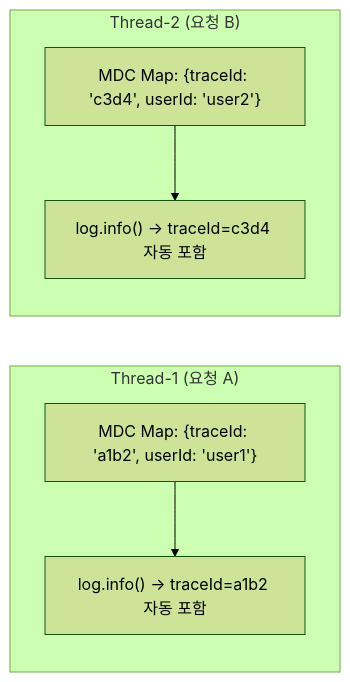
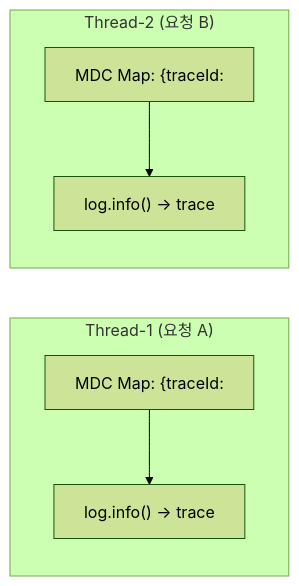
The first of 3 diagrams in _posts/spring/2026-05-01-spring-mdc.md (yjkim2015/yjkim2015.github.io), drawn with Mermaid (forest theme) before and after one commit. The commit also changed 271 other files, not shown here.

First line of the commit message:
Mermaid 라벨 축소: 긴 노드 텍스트 18자 이하로 트림 + \n 제거

````diff
--- a/_posts/spring/2026-05-01-spring-mdc.md
+++ b/_posts/spring/2026-05-01-spring-mdc.md
@@ -47,13 +47,13 @@
 ```mermaid
 graph LR
     subgraph "Thread-1 (요청 A)"
-        M1["MDC Map: {traceId: 'a1b2', userId: 'user1'}"]
-        L1["log.info() → traceId=a1b2 자동 포함"]
+        M1["MDC Map: {traceId:"]
+        L1["log.info() → trace"]
         M1 --> L1
     end
     subgraph "Thread-2 (요청 B)"
-        M2["MDC Map: {traceId: 'c3d4', userId: 'user2'}"]
-        L2["log.info() → traceId=c3d4 자동 포함"]
+        M2["MDC Map: {traceId:"]
+        L2["log.info() → trace"]
         M2 --> L2
     end
 ```
````
